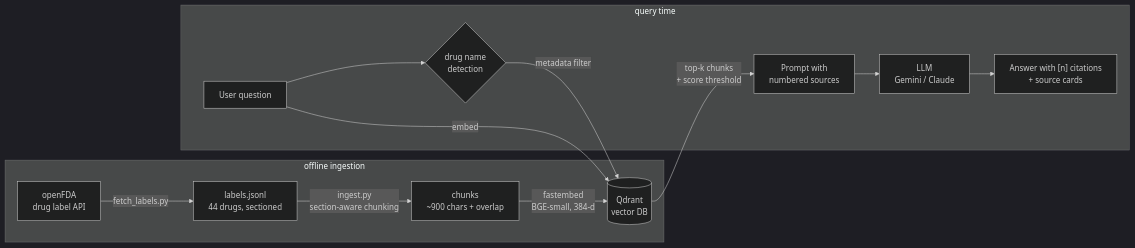
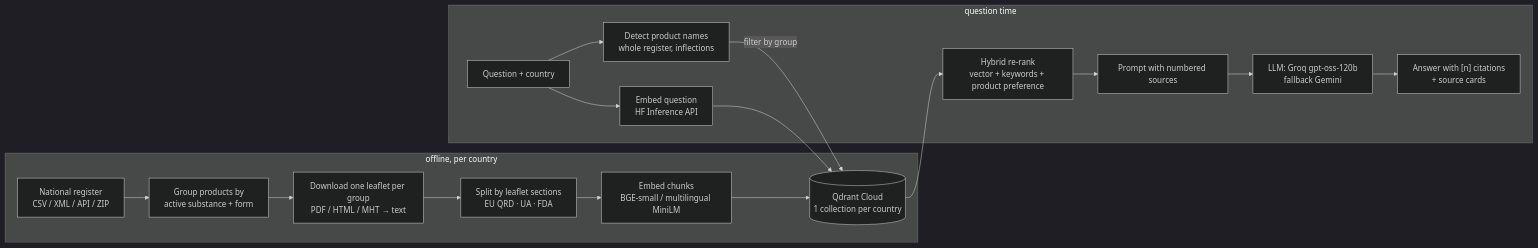
The diagram in README.md (TSofi/pharma-rag), drawn with Mermaid (dark theme) before and after one commit. The commit also changed other lines of this file and 4 other files, not shown here.

Commit message:
Country order, coming-soon divider, language detection without diacritics, README

````diff
--- a/README.md
+++ b/README.md
@@ -32,16 +27,20 @@
 ```mermaid
 flowchart LR
-    subgraph Ingestion [offline ingestion]
-        A[openFDA<br/>drug label API] -->|fetch_labels.py| B[labels.jsonl<br/>44 drugs, sectioned]
-        B -->|ingest.py<br/>section-aware chunking| C[chunks<br/>~900 chars + overlap]
-        C -->|fastembed<br/>BGE-small, 384-d| D[(Qdrant<br/>vector DB)]
+    subgraph Ingestion [offline, per country]
+        R[National register<br/>CSV / XML / API / ZIP] --> G[Group products by<br/>active substance + form]
+        G --> L[Download one leaflet per group<br/>PDF / HTML / MHT → text]
+        L --> S[Split by leaflet sections<br/>EU QRD · UA · FDA]
+        S --> E[Embed chunks<br/>BGE-small / multilingual MiniLM]
+        E --> Q[(Qdrant Cloud<br/>1 collection per country)]
     end
-    subgraph Query [query time]
-        U[User question] --> E{drug name<br/>detection}
-        E -->|metadata filter| D
-        U -->|embed| D
-        D -->|top-k chunks<br/>+ score threshold| F[Prompt with<br/>numbered sources]
-        F --> G[LLM<br/>Gemini / Claude]
-        G --> H["Answer with [n] citations<br/>+ source cards"]
+    subgraph Query [question time]
+        U[Question + country] --> D[Detect product names<br/>whole register, inflections]
+        U --> V[Embed question<br/>HF Inference API]
+        D -->|filter by group| Q
+        V --> Q
+        Q --> K[Hybrid re-rank<br/>vector + keywords + product preference]
+        K --> P[Prompt with numbered sources]
+        P --> M[LLM: Groq gpt-oss-120b<br/>fallback Gemini]
+        M --> A["Answer with [n] citations<br/>+ source cards"]
     end
 ```
````
